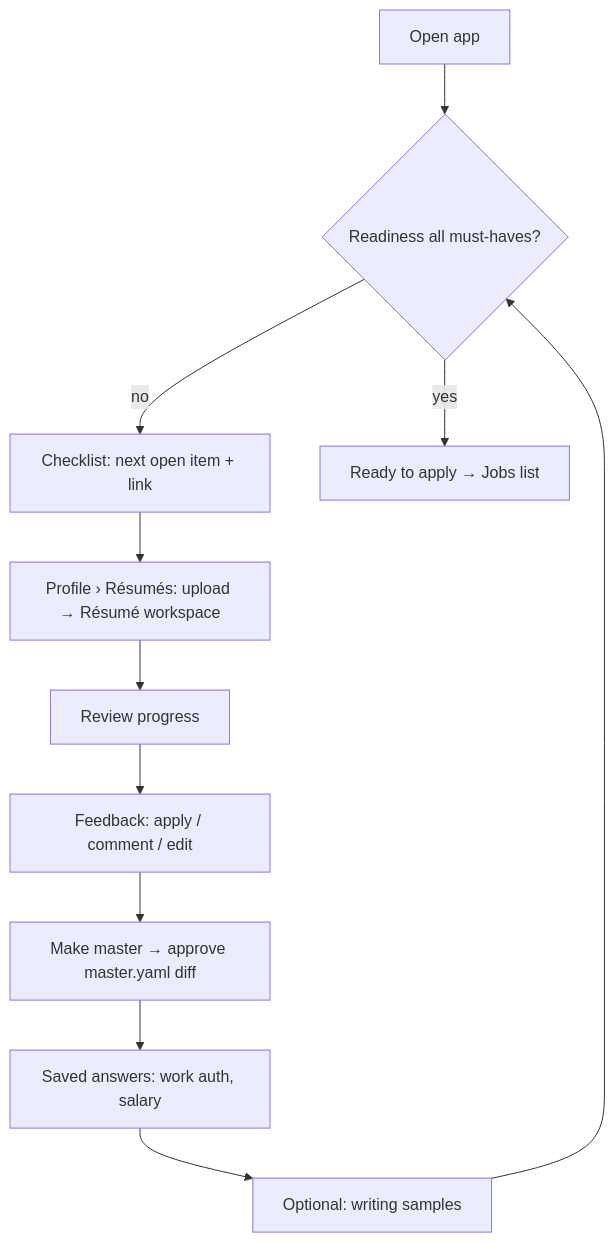
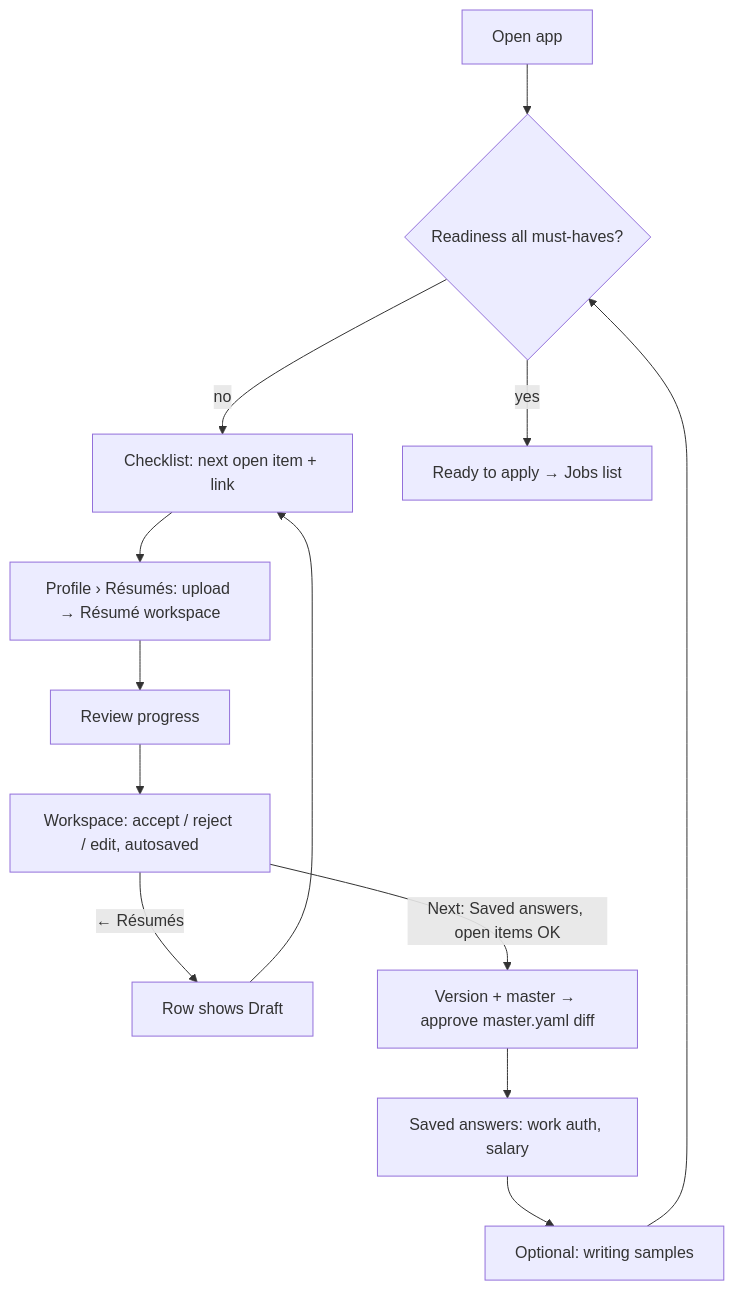
Before and after one commit to m0hamedb3ngab5ia/career-os-template: the first of 4 diagrams in docs/product/07_USER_FLOWS.md, drawn with Mermaid. The commit also changed other lines of this file and 7 other files, not shown here.

````diff
--- a/docs/product/07_USER_FLOWS.md
+++ b/docs/product/07_USER_FLOWS.md
@@ -6,12 +6,13 @@
 ```mermaid
 flowchart TD
   A[Open app] --> B{Readiness all must-haves?}
   B -- no --> C[Checklist: next open item + link]
   C --> D[Profile › Résumés: upload → Résumé workspace]
-  D --> E[Review progress] --> F[Feedback: apply / comment / edit]
-  F --> G[Make master → approve master.yaml diff]
+  D --> E[Review progress] --> F[Workspace: accept / reject / edit, autosaved]
+  F -- "← Résumés" --> K[Row shows Draft] --> C
+  F -- "Next: Saved answers, open items OK" --> G[Version + master → approve master.yaml diff]
   G --> H[Saved answers: work auth, salary]
   H --> I[Optional: writing samples]
   I --> B
   B -- yes --> J[Ready to apply → Jobs list]
 ```
````
